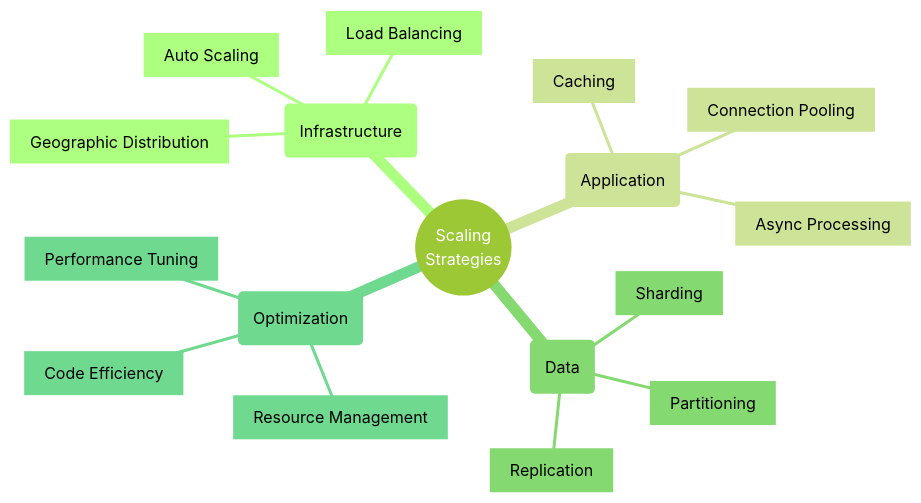
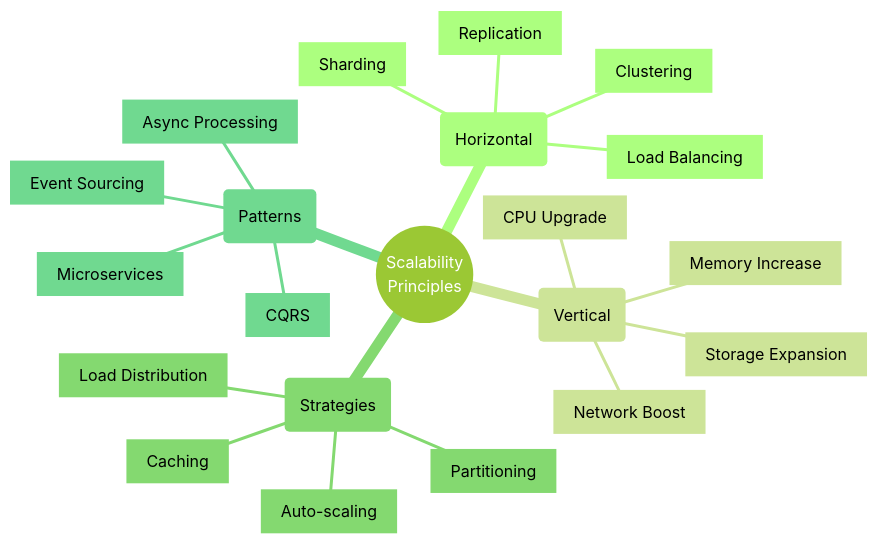
One commit to saravanakumarrc/Architecture_Journey changed the first of 4 diagrams in src/Scalability_Principles_and_Implementations.md. Above: the diagram before and after it, drawn with Mermaid (forest theme). The commit also changed other lines of this file and 11 other files, not shown here.

First line of the commit message:
Refactor documentation for scalability, security, service mesh, trade-off analysis, and zero trust architecture

````diff
--- a/src/Scalability_Principles_and_Implementations.md
+++ b/src/Scalability_Principles_and_Implementations.md
@@ -57,21 +3,25 @@
 ```mermaid
 mindmap
-    root((Scaling
-        Strategies))
-        (Infrastructure)
-            [Auto Scaling]
+    root((Scalability
+        Principles))
+        (Horizontal)
             [Load Balancing]
-            [Geographic Distribution]
-        (Application)
-            [Caching]
-            [Connection Pooling]
-            [Async Processing]
-        (Data)
             [Sharding]
             [Replication]
+            [Clustering]
+        (Vertical)
+            [CPU Upgrade]
+            [Memory Increase]
+            [Storage Expansion]
+            [Network Boost]
+        (Strategies)
+            [Auto-scaling]
+            [Load Distribution]
+            [Caching]
             [Partitioning]
-        (Optimization)
-            [Code Efficiency]
-            [Resource Management]
-            [Performance Tuning]
+        (Patterns)
+            [CQRS]
+            [Event Sourcing]
+            [Microservices]
+            [Async Processing]
 ```
````
